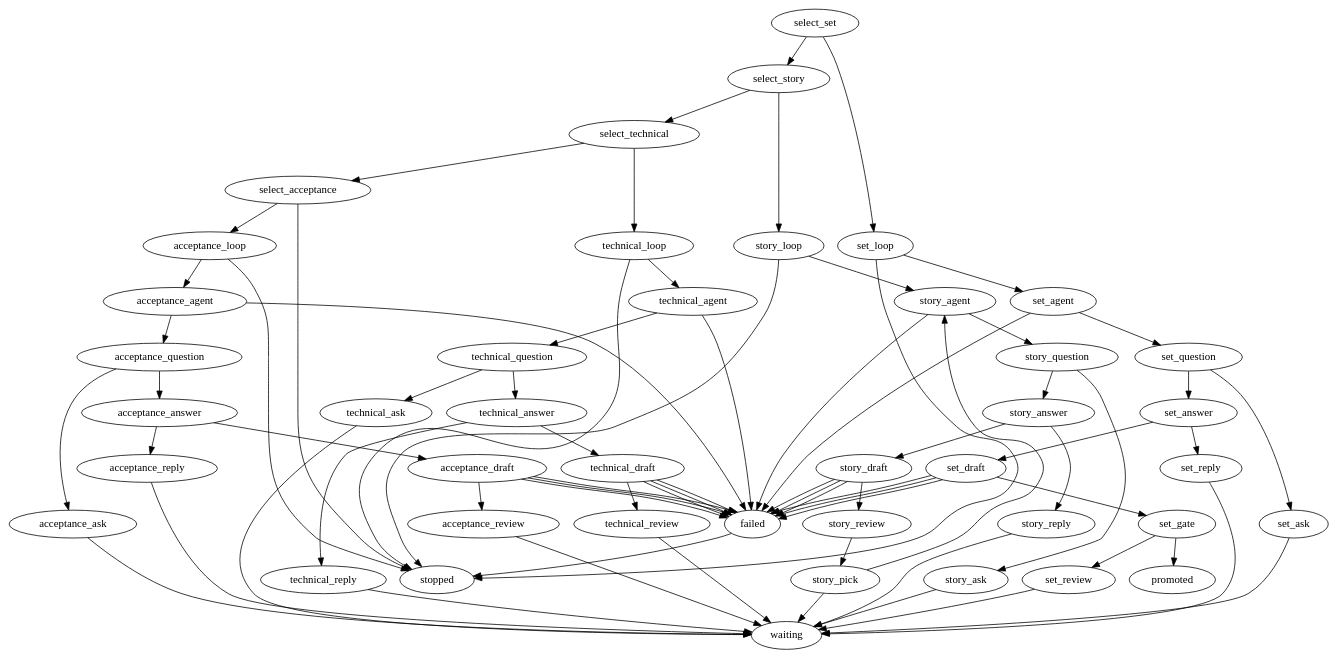
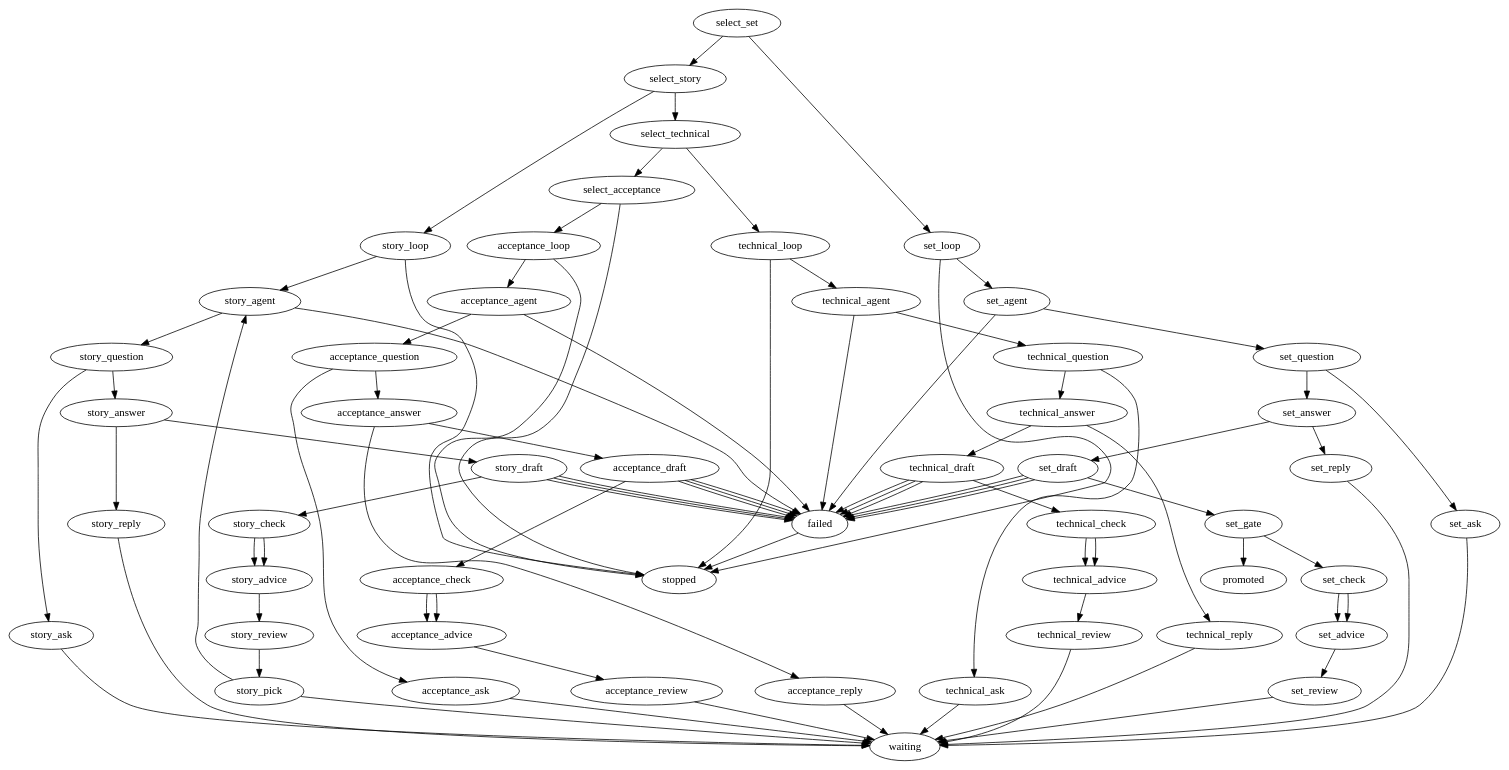
One commit to marioatcloudvane/litefactory changed the diagram in teams/python-fastapi/v1.0.0/plan/plan.dot. Above: the diagram before and after it, drawn with Graphviz. The commit also changed 56 other files, not shown here.

First line of the commit message:
Teams: refresh 1.0.0 from source (Plan overhaul, judges, builder check)

```diff
--- a/teams/python-fastapi/v1.0.0/plan/plan.dot
+++ b/teams/python-fastapi/v1.0.0/plan/plan.dot
@@ -11,6 +11,11 @@
 // review. A stage advances only through its gate, which reads "approved" from
 // an owner reply; review-ready is never approval. Every wait is durable, and
 // running out of passes stops the run in a resumable state.
+//
+// Before each stage asks for review, an advisory judge (codex) checks the
+// stage agent's saved result and publishes its points as an advisory comment.
+// Advice never blocks: a failed check is published like a successful one, and
+// both continue to the unchanged review or gate. Questions skip the judge.
 //
 // The set stage proposes the story set on the parent and waits for the owner to
 // promote it. After promotion the story stage is a bounded creation cycle:
@@ -35,6 +40,8 @@
  set_gate     [lf_action="lf_if", lf_outcomes="true,false", lf_field="response", lf_condition="approved", lf_limit="8"];
  set_ask      [lf_action="lf_ask", lf_outcomes="published", lf_kind="question", lf_source="set_agent", lf_limit="8"];
  set_review   [lf_action="lf_ask", lf_outcomes="published", lf_kind="review", lf_source="set_agent", lf_limit="8"];
+ set_check [lf_action="lf_judge", lf_outcomes="success,failed", lf_source="set_agent", lf_agent="codex", lf_limit="8", lf_focus="Plan set check. Judge this proposed story set against the golden rule: it must simplify working with the factory and make things easier. Check against RESEARCH_BRIEF.md's outcome ledger: is every agreed O- outcome covered by a story, does the comment open with any uncovered O- IDs and every Ruling: line, and is every narrowing, split or drop of an agreed outcome a Ruling: rather than silent? Is the O-ID to story table complete? Check story order and dependencies: does each dependency say what the dependent story uses, is the order buildable, and is there any cycle or missing dependency? Is the set over-split: fewer stories, more tasks; could two stories ship as one? List only material concerns, each with what to change. AI;DR first. Advisory only."];
+ set_advice [lf_action="lf_comment", lf_outcomes="published", lf_kind="advisory", lf_format="brief", lf_limit="8", lf_source="set_check"];
 
  // ---- Stage 2: stories (bounded creation cycle) ----------------------------
  story_loop     [lf_action="lf_loop", lf_outcomes="true,false", lf_field="response", lf_condition="story", lf_limit="8"];
@@ -44,6 +51,8 @@
  story_draft    [lf_action="lf_plan_story", lf_source="story_agent", lf_outcomes="applied,conflict,failed,uncertain", lf_limit="13"];
  story_ask      [lf_action="lf_ask", lf_outcomes="published", lf_kind="question", lf_source="story_agent", lf_limit="8"];
  story_review [lf_action="lf_gate", lf_outcomes="published", lf_command="/approve-plan", lf_args="story,stage,candidate", lf_source="story_agent", lf_limit="13"];
+ story_check [lf_action="lf_judge", lf_outcomes="success,failed", lf_source="story_agent", lf_agent="codex", lf_limit="13", lf_focus="Plan stage check. Judge this story draft against the golden rule: it must simplify working with the factory and make things easier. Check against RESEARCH_BRIEF.md's outcome ledger: does the story say which O- outcomes it covers (Covers:), are relevant N-/K- entries copied verbatim, is every narrowing or drop of an agreed outcome a Ruling: line, and is anything agreed silently missing? Are the actor, intent and value clear, and is the story the right size (fewer stories, more tasks)? List only material concerns, each with what to change. AI;DR first. Advisory only."];
+ story_advice [lf_action="lf_comment", lf_outcomes="published", lf_kind="advisory", lf_format="brief", lf_limit="13", lf_source="story_check"];
 
  // ---- Stage 3: technical ---------------------------------------------------
  technical_loop     [lf_action="lf_loop", lf_outcomes="true,false", lf_field="response", lf_condition="technical", lf_limit="8"];
@@ -52,6 +61,8 @@
  technical_draft    [lf_action="lf_plan_story", lf_source="technical_agent", lf_outcomes="applied,conflict,failed,uncertain", lf_limit="8"];
  technical_ask      [lf_action="lf_ask", lf_outcomes="published", lf_kind="question", lf_source="technical_agent", lf_limit="8"];
  technical_review [lf_action="lf_gate", lf_outcomes="published", lf_command="/approve-plan", lf_args="story,stage,candidate", lf_source="technical_agent", lf_limit="8"];
+ technical_check [lf_action="lf_judge", lf_outcomes="success,failed", lf_source="technical_agent", lf_agent="codex", lf_limit="8", lf_focus="Plan technical check. Judge this architecture draft against the golden rule: it must simplify working with the factory and make things easier. Does the architecture keep every O- outcome the story covers (Covers:), with any narrowing recorded as a Ruling: line and nothing agreed silently lost? Does it respect every K- invariant and stay out of N- non-goals? Does it reuse what already exists instead of building parallel mechanisms, and avoid overreach beyond the story? Does S-01 shape it (safety net before a refactor, retirement path, compatibility)? Is the work kind of each task sensible, and does each task build on the last? List only material concerns, each with what to change. AI;DR first. Advisory only."];
+ technical_advice [lf_action="lf_comment", lf_outcomes="published", lf_kind="advisory", lf_format="brief", lf_limit="8", lf_source="technical_check"];
 
  // ---- Stage 4: acceptance --------------------------------------------------
  acceptance_loop     [lf_action="lf_loop", lf_outcomes="true,false", lf_field="response", lf_condition="acceptance", lf_limit="8"];
@@ -60,6 +71,8 @@
  acceptance_draft    [lf_action="lf_plan_story", lf_source="acceptance_agent", lf_outcomes="applied,conflict,failed,uncertain", lf_limit="8"];
  acceptance_ask      [lf_action="lf_ask", lf_outcomes="published", lf_kind="question", lf_source="acceptance_agent", lf_limit="8"];
  acceptance_review [lf_action="lf_gate", lf_outcomes="published", lf_command="/approve-plan", lf_args="story,stage,candidate", lf_source="acceptance_agent", lf_limit="8"];
+ acceptance_check [lf_action="lf_judge", lf_outcomes="success,failed", lf_source="acceptance_agent", lf_agent="codex", lf_limit="8", lf_focus="Plan acceptance check. Judge these acceptance criteria and the assembled plan against the golden rule: it must simplify working with the factory and make things easier. Is each criterion one plain sentence from the user's point of view, marked (Auto) or (Manual) with how it is proven, with Covers: O-...? Are there about 5 to 7 per story, at most one (Auto) for the main path, and are owner checks marked Owner check: with what the owner does? Is every O- outcome the story covers proven by at least one criterion, and does the assembled review open with uncovered O- IDs, every Ruling: and the O-ID to story table? Do the tasks deliver the criteria without gaps or extra work? List only material concerns, each with what to change. AI;DR first. Advisory only."];
+ acceptance_advice [lf_action="lf_comment", lf_outcomes="published", lf_kind="advisory", lf_format="brief", lf_limit="8", lf_source="acceptance_check"];
 
  set_answer [lf_action="lf_if", lf_outcomes="true,false", lf_field="response", lf_condition="answer", lf_source="set_agent", lf_limit="13"];
  set_reply [lf_action="lf_comment", lf_outcomes="published", lf_kind="final", lf_source="set_agent", lf_limit="13"];
@@ -109,7 +122,10 @@
  set_question -> set_answer    [lf_on="false"];      // has a set; apply it
  set_draft    -> set_gate     [lf_on="applied"];
  set_gate     -> promoted     [lf_on="true"];       // the owner approved
- set_gate     -> set_review   [lf_on="false"];      // asks if the set stands
+ set_gate     -> set_check    [lf_on="false"];      // not approved; plan check first
+ set_check    -> set_advice   [lf_on="success"];
+ set_check    -> set_advice   [lf_on="failed"];     // advisory: a failed check is published, not fatal
+ set_advice   -> set_review   [lf_on="published"];  // then asks if the set stands
  set_ask      -> waiting      [lf_on="published"];
  set_review   -> waiting      [lf_on="published"];
 
@@ -119,7 +135,10 @@
  story_agent    -> story_question [lf_on="success"];
  story_question -> story_ask      [lf_on="true"];     // needs an answer
  story_question -> story_answer    [lf_on="false"];    // has a draft; apply it
- story_draft -> story_review [lf_on="applied"];
+ story_draft -> story_check [lf_on="applied"];   // plan check first
+ story_check -> story_advice [lf_on="success"];
+ story_check -> story_advice [lf_on="failed"];   // advisory: a failed check is published, not fatal
+ story_advice -> story_review [lf_on="published"]; // then the owner review
  story_ask      -> waiting        [lf_on="published"];
  story_review   -> story_pick     [lf_on="published"];
  story_pick     -> story_agent    [lf_on="true"];     // another story has no draft
@@ -131,7 +150,10 @@
  technical_agent    -> technical_question [lf_on="success"];
  technical_question -> technical_ask      [lf_on="true"];     // needs an answer
  technical_question -> technical_answer    [lf_on="false"];    // has a draft; apply it
- technical_draft -> technical_review [lf_on="applied"];
+ technical_draft -> technical_check [lf_on="applied"];   // plan check first
+ technical_check -> technical_advice [lf_on="success"];
+ technical_check -> technical_advice [lf_on="failed"];   // advisory: a failed check is published, not fatal
+ technical_advice -> technical_review [lf_on="published"]; // then the owner review
  technical_ask      -> waiting            [lf_on="published"];
  technical_review   -> waiting            [lf_on="published"];
 
@@ -141,7 +163,10 @@
  acceptance_agent    -> acceptance_question [lf_on="success"];
  acceptance_question -> acceptance_ask      [lf_on="true"];     // needs an answer
  acceptance_question -> acceptance_answer    [lf_on="false"];    // has a draft; apply it
- acceptance_draft -> acceptance_review [lf_on="applied"];
+ acceptance_draft -> acceptance_check [lf_on="applied"];   // plan check first
+ acceptance_check -> acceptance_advice [lf_on="success"];
+ acceptance_check -> acceptance_advice [lf_on="failed"];   // advisory: a failed check is published, not fatal
+ acceptance_advice -> acceptance_review [lf_on="published"]; // then the owner review
  acceptance_ask      -> waiting             [lf_on="published"];
  acceptance_review   -> waiting             [lf_on="published"];
 
```
